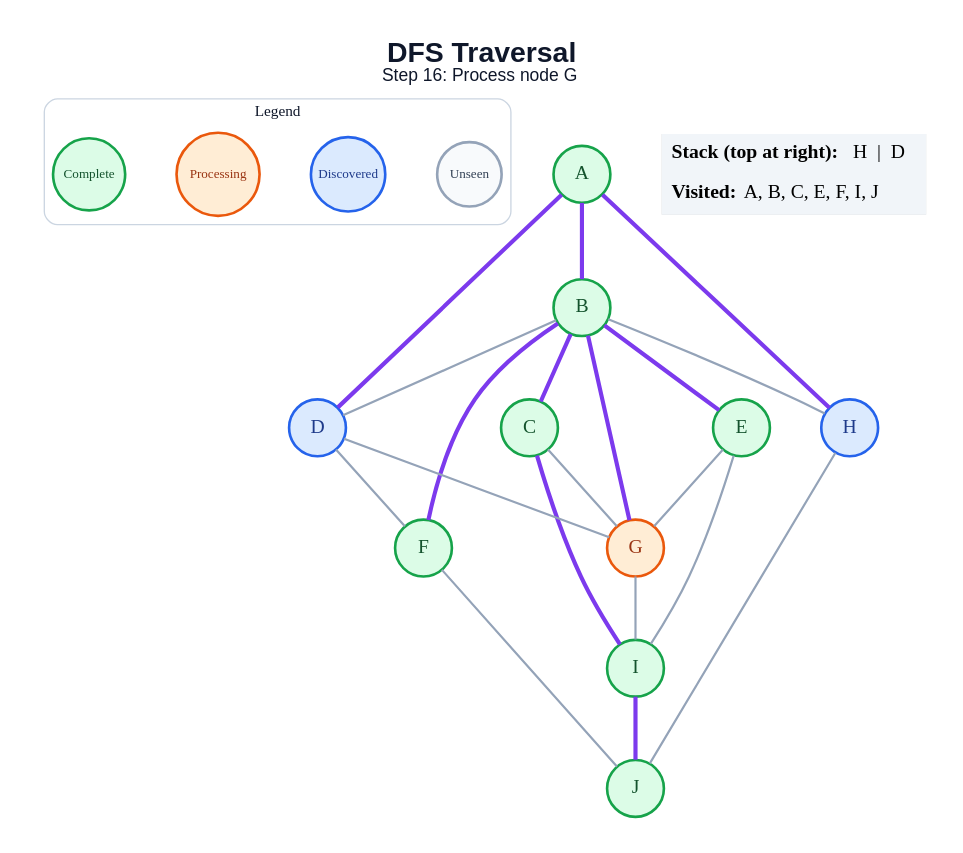
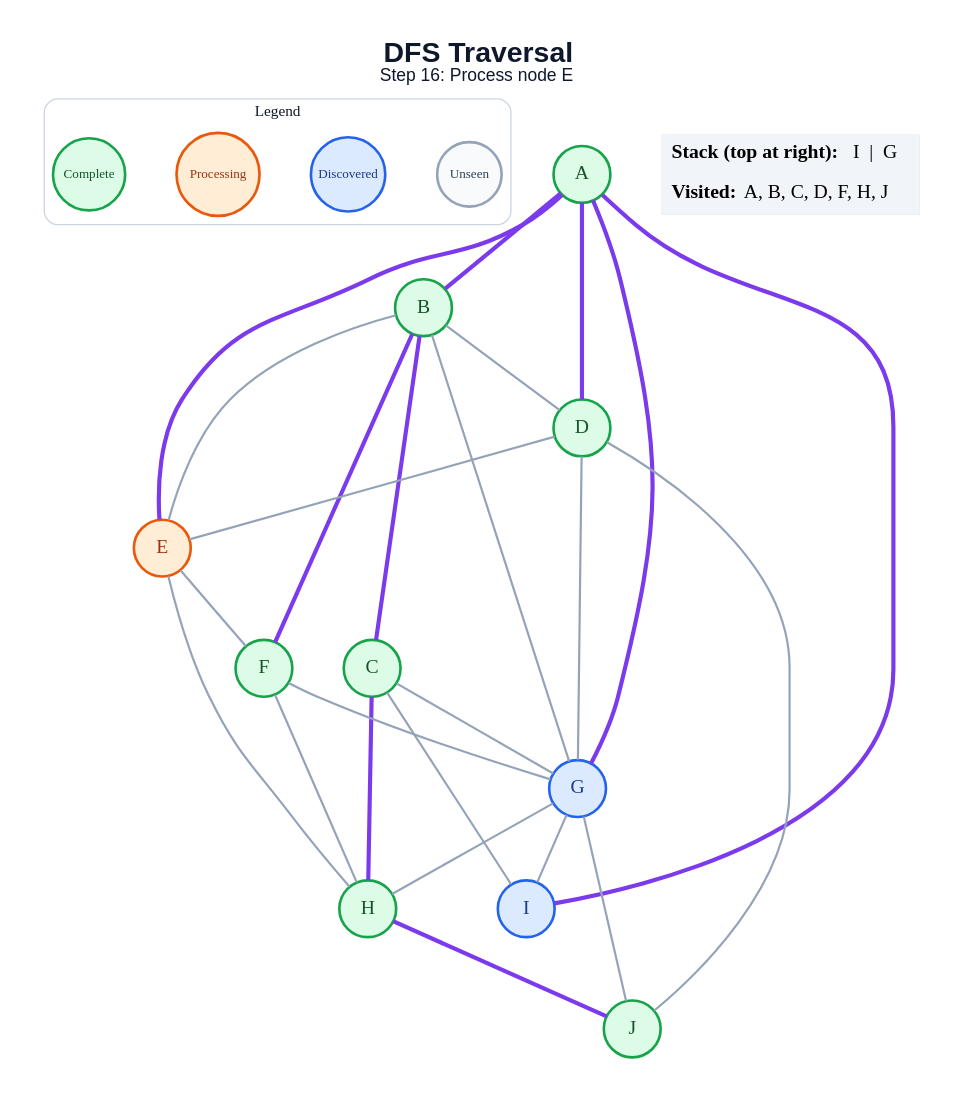
One commit to amanghodawala9/ai-slop changed the diagram in generated/dfs/step_16.dot. Above: the diagram before and after it, drawn with Graphviz. The commit also changed 178 other files, not shown here.

```diff
--- a/generated/dfs/step_16.dot
+++ b/generated/dfs/step_16.dot
@@ -1,48 +1,53 @@
 graph traversal {
   graph [layout=dot, rankdir=TB, bgcolor="#FFFFFF", pad="0.35", nodesep="0.65", ranksep="0.8", fontname="Arial"];
   node [shape=circle, style="filled", fontname="Arial Bold", fontsize=18, width=0.72, fixedsize=true, penwidth=2.4];
   edge [color="#94A3B8", penwidth=2.0];
-  label=<<B>DFS Traversal</B><BR/><FONT POINT-SIZE="16">Step 16: Process node G</FONT>>; labelloc="t"; fontsize=26; fontname="Arial"; fontcolor="#0F172A";
+  label=<<B>DFS Traversal</B><BR/><FONT POINT-SIZE="16">Step 16: Process node E</FONT>>; labelloc="t"; fontsize=26; fontname="Arial"; fontcolor="#0F172A";
   subgraph cluster_legend { label="Legend"; color="#CBD5E1"; penwidth=1.2; style="rounded"; fontsize=14; fontname="Arial Bold";
     key_unseen [label="Unseen", fillcolor="#F8FAFC", color="#94A3B8", fontcolor="#334155", fontsize=12, width=0.82];
     key_frontier [label="Discovered", fillcolor="#DBEAFE", color="#2563EB", fontcolor="#1E3A8A", fontsize=12, width=0.95];
     key_current [label="Processing", fillcolor="#FFEDD5", color="#EA580C", fontcolor="#9A3412", fontsize=12, width=1.05];
     key_done [label="Complete", fillcolor="#DCFCE7", color="#16A34A", fontcolor="#14532D", fontsize=12, width=0.92];
     { rank=same; key_unseen; key_frontier; key_current; key_done; }
   }
   A [fillcolor="#DCFCE7", color="#16A34A", fontcolor="#14532D"];
   B [fillcolor="#DCFCE7", color="#16A34A", fontcolor="#14532D"];
   C [fillcolor="#DCFCE7", color="#16A34A", fontcolor="#14532D"];
-  D [fillcolor="#DBEAFE", color="#2563EB", fontcolor="#1E3A8A"];
-  E [fillcolor="#DCFCE7", color="#16A34A", fontcolor="#14532D"];
+  D [fillcolor="#DCFCE7", color="#16A34A", fontcolor="#14532D"];
+  E [fillcolor="#FFEDD5", color="#EA580C", fontcolor="#9A3412"];
   F [fillcolor="#DCFCE7", color="#16A34A", fontcolor="#14532D"];
-  G [fillcolor="#FFEDD5", color="#EA580C", fontcolor="#9A3412"];
-  H [fillcolor="#DBEAFE", color="#2563EB", fontcolor="#1E3A8A"];
-  I [fillcolor="#DCFCE7", color="#16A34A", fontcolor="#14532D"];
+  G [fillcolor="#DBEAFE", color="#2563EB", fontcolor="#1E3A8A"];
+  H [fillcolor="#DCFCE7", color="#16A34A", fontcolor="#14532D"];
+  I [fillcolor="#DBEAFE", color="#2563EB", fontcolor="#1E3A8A"];
   J [fillcolor="#DCFCE7", color="#16A34A", fontcolor="#14532D"];
   A -- B [color="#7C3AED", penwidth=3.8];
   A -- D [color="#7C3AED", penwidth=3.8];
-  A -- H [color="#7C3AED", penwidth=3.8];
+  A -- E [color="#7C3AED", penwidth=3.8];
+  A -- G [color="#7C3AED", penwidth=3.8];
+  A -- I [color="#7C3AED", penwidth=3.8];
   B -- C [color="#7C3AED", penwidth=3.8];
   B -- D;
-  B -- E [color="#7C3AED", penwidth=3.8];
+  B -- E;
   B -- F [color="#7C3AED", penwidth=3.8];
-  B -- G [color="#7C3AED", penwidth=3.8];
-  B -- H;
+  B -- G;
   C -- G;
-  C -- I [color="#7C3AED", penwidth=3.8];
-  D -- F;
+  C -- H [color="#7C3AED", penwidth=3.8];
+  C -- I;
+  D -- E;
   D -- G;
-  E -- G;
-  E -- I;
-  F -- J;
+  D -- J;
+  E -- F;
+  E -- H;
+  F -- G;
+  F -- H;
+  G -- H;
   G -- I;
-  H -- J;
-  I -- J [color="#7C3AED", penwidth=3.8];
+  G -- J;
+  H -- J [color="#7C3AED", penwidth=3.8];
   status [shape=plain, fixedsize=false, width=0, height=0, margin=0, label=<
     <TABLE BORDER="0" CELLBORDER="0" CELLPADDING="7" BGCOLOR="#F1F5F9">
-      <TR><TD ALIGN="LEFT"><B>Stack (top at right):</B> H  |  D</TD></TR>
-      <TR><TD ALIGN="LEFT"><B>Visited:</B> A, B, C, E, F, I, J</TD></TR>
+      <TR><TD ALIGN="LEFT"><B>Stack (top at right):</B> I  |  G</TD></TR>
+      <TR><TD ALIGN="LEFT"><B>Visited:</B> A, B, C, D, F, H, J</TD></TR>
     </TABLE>
   >];
 }
```
